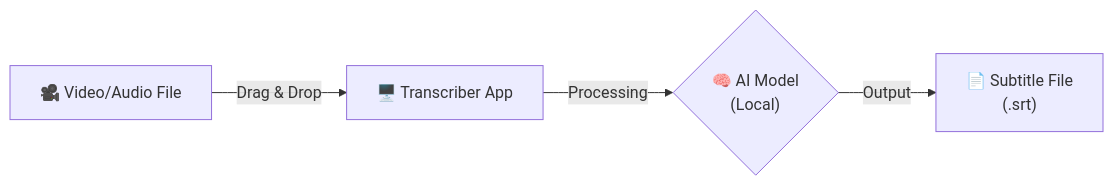
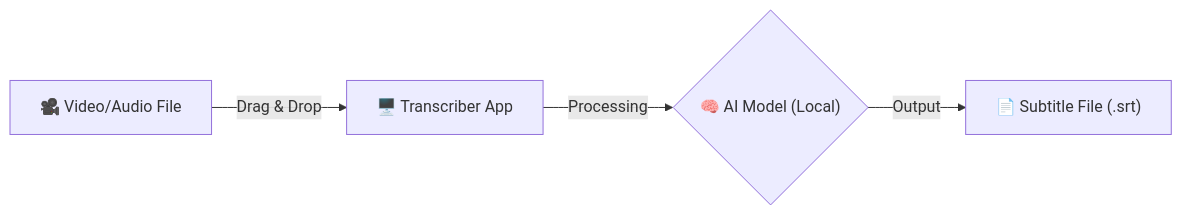
One commit to danielfcollier/py-opentranscriber changed the diagram in README.md. Above: the diagram before and after it, drawn with Mermaid.

Commit message:
Fix formatting in Mermaid diagram in README

````diff
--- a/README.md
+++ b/README.md
@@ -15,6 +15,6 @@
 ```mermaid
 graph LR
     A[🎥 Video/Audio File] -->|Drag & Drop| B[🖥️ Transcriber App]
-    B -->|Processing| C{"🧠 AI Model\n(Local)"}
-    C -->|Output| D["📄 Subtitle File\n(.srt)"]
+    B -->|Processing| C{"🧠 AI Model (Local)"}
+    C -->|Output| D["📄 Subtitle File (.srt)"]
 ```
````
